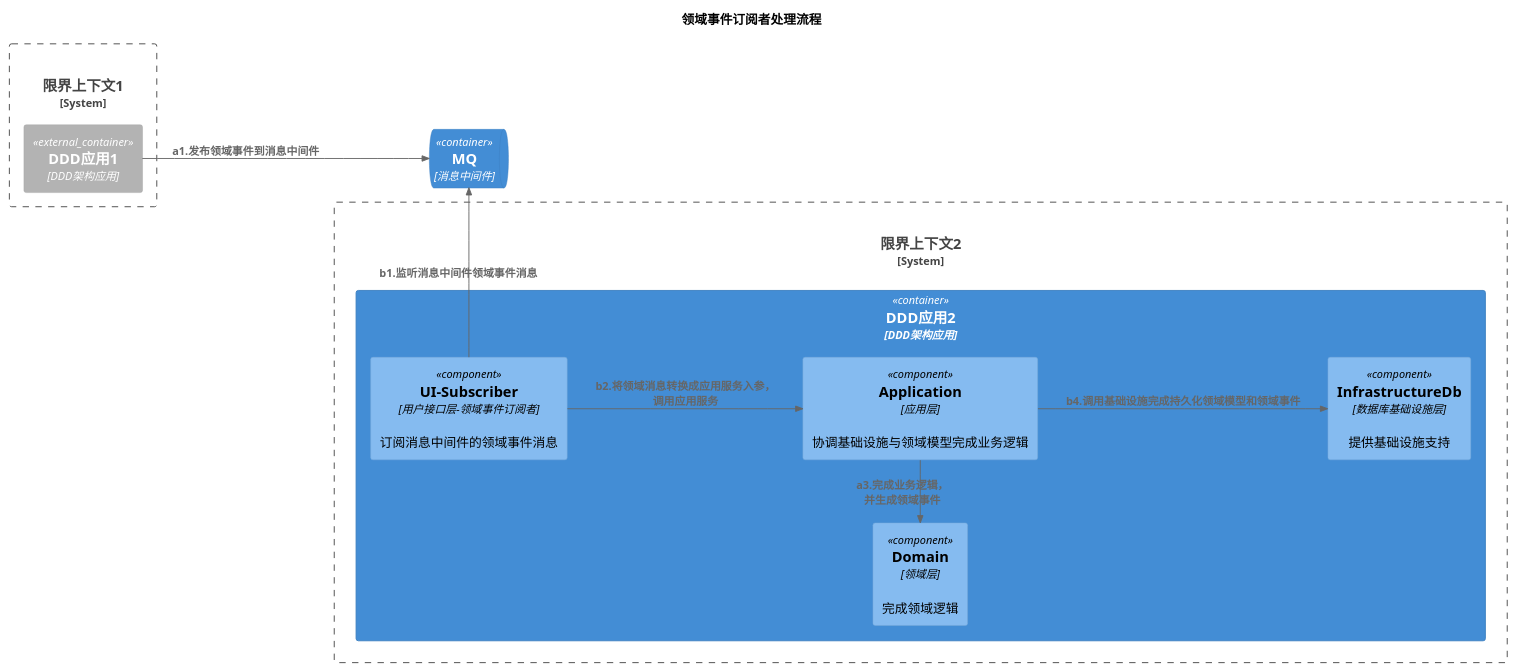
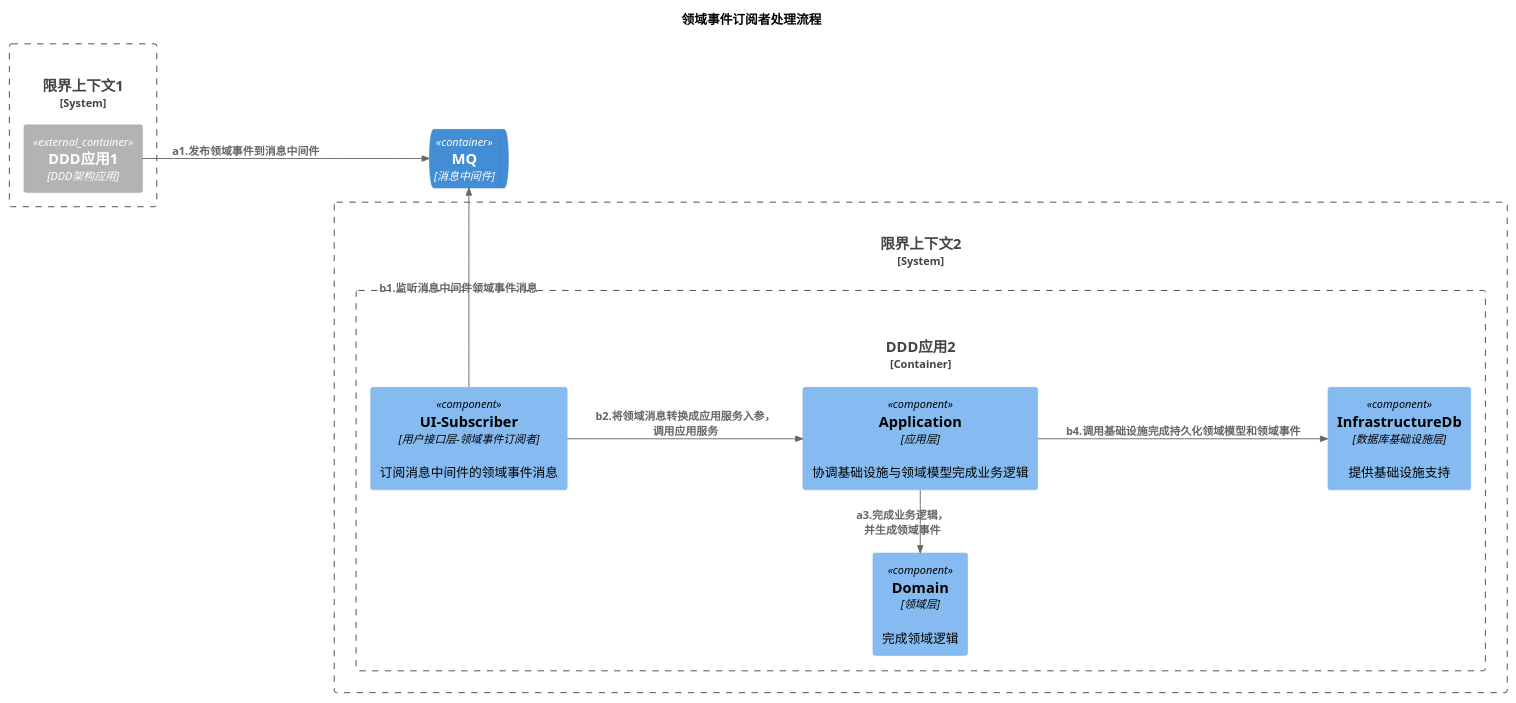
Before and after one commit to feiniaojin/Thinking-in-DDD: the diagram in plantuml/ct.009.puml, drawn with PlantUML. The commit also changed 17 other files, not shown here.

```diff
--- a/plantuml/ct.009.puml
+++ b/plantuml/ct.009.puml
@@ -1,33 +1,33 @@
 @startuml
 
 !include https://gitee.com/igingo/C4-PlantUML/raw/master/C4_Context.puml
 !include https://gitee.com/igingo/C4-PlantUML/raw/master/C4_Container.puml
 !include https://gitee.com/igingo/C4-PlantUML/raw/master/C4_Component.puml
 
 title "领域事件订阅者处理流程"
 
 LAYOUT_LEFT_RIGHT()
 
 System_Boundary(SB_SYS1, "限界上下文1"){
     Container_Ext(C_APP1, "DDD应用1","DDD架构应用")
 }
 
 ContainerQueue(MQ, "MQ", "消息中间件")
 
 System_Boundary(SB_SYS2, "限界上下文2"){
-    Container(C_APP2, "DDD应用2","DDD架构应用"){
+    Container_Boundary(C_APP2, "DDD应用2","DDD架构应用"){
         Component(C_UI, "UI-Subscriber","用户接口层-领域事件订阅者", "订阅消息中间件的领域事件消息")
         Component(C_Application, "Application","应用层", "协调基础设施与领域模型完成业务逻辑")
         Component(C_Domain, "Domain","领域层", "完成领域逻辑")
         Component(C_InfrastructureDb, "InfrastructureDb","数据库基础设施层", "提供基础设施支持")
     }
 }
 
 Rel(C_APP1, MQ, "a1.发布领域事件到消息中间件")
 
 Rel_R(C_UI, MQ, "b1.监听消息中间件领域事件消息")
 Rel(C_UI, C_Application, "b2.将领域消息转换成应用服务入参，调用应用服务")
 Rel_L(C_Application, C_Domain, "a3.完成业务逻辑，并生成领域事件")
 Rel(C_Application, C_InfrastructureDb, "b4.调用基础设施完成持久化领域模型和领域事件")
 
 @enduml
```
